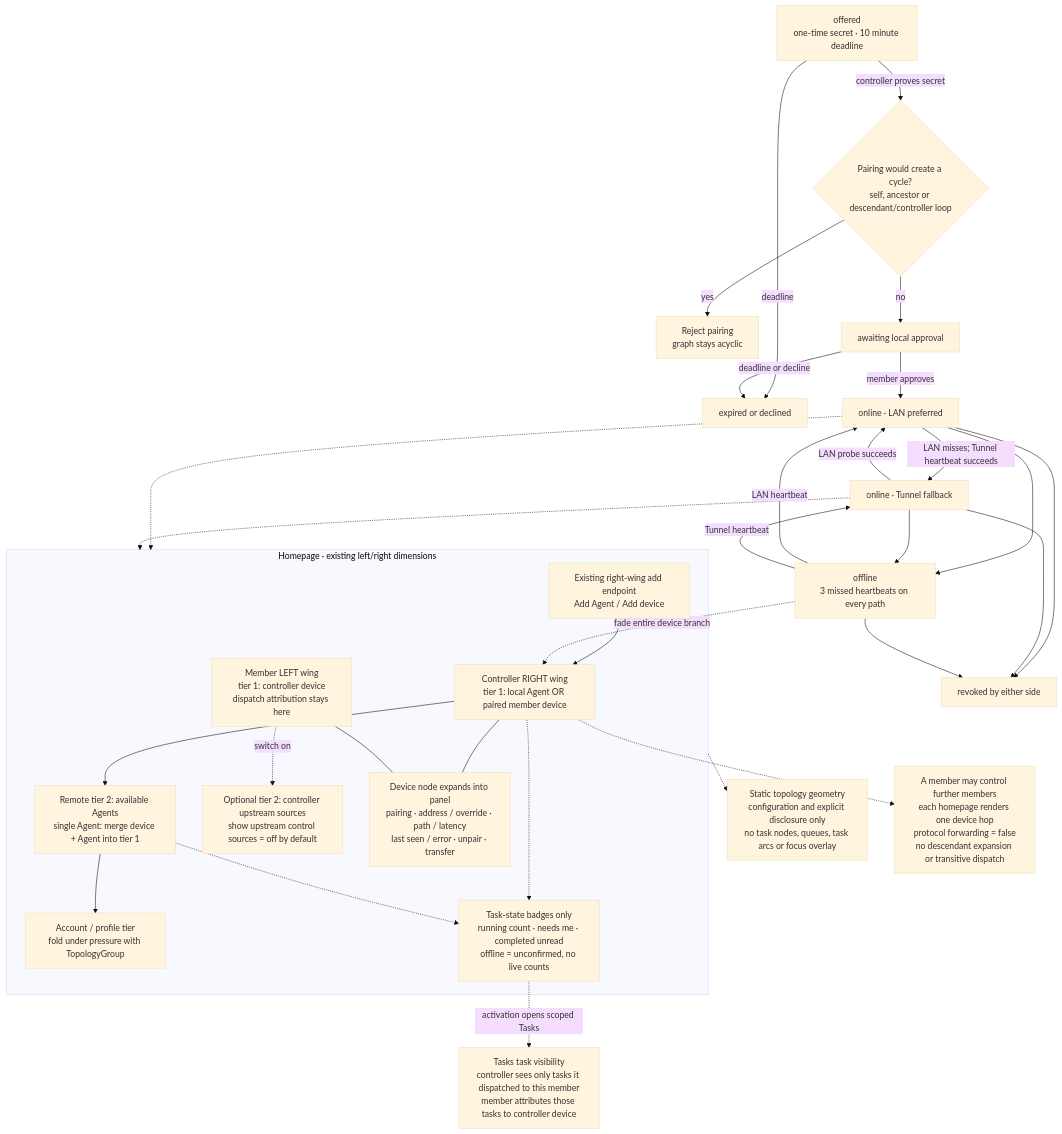
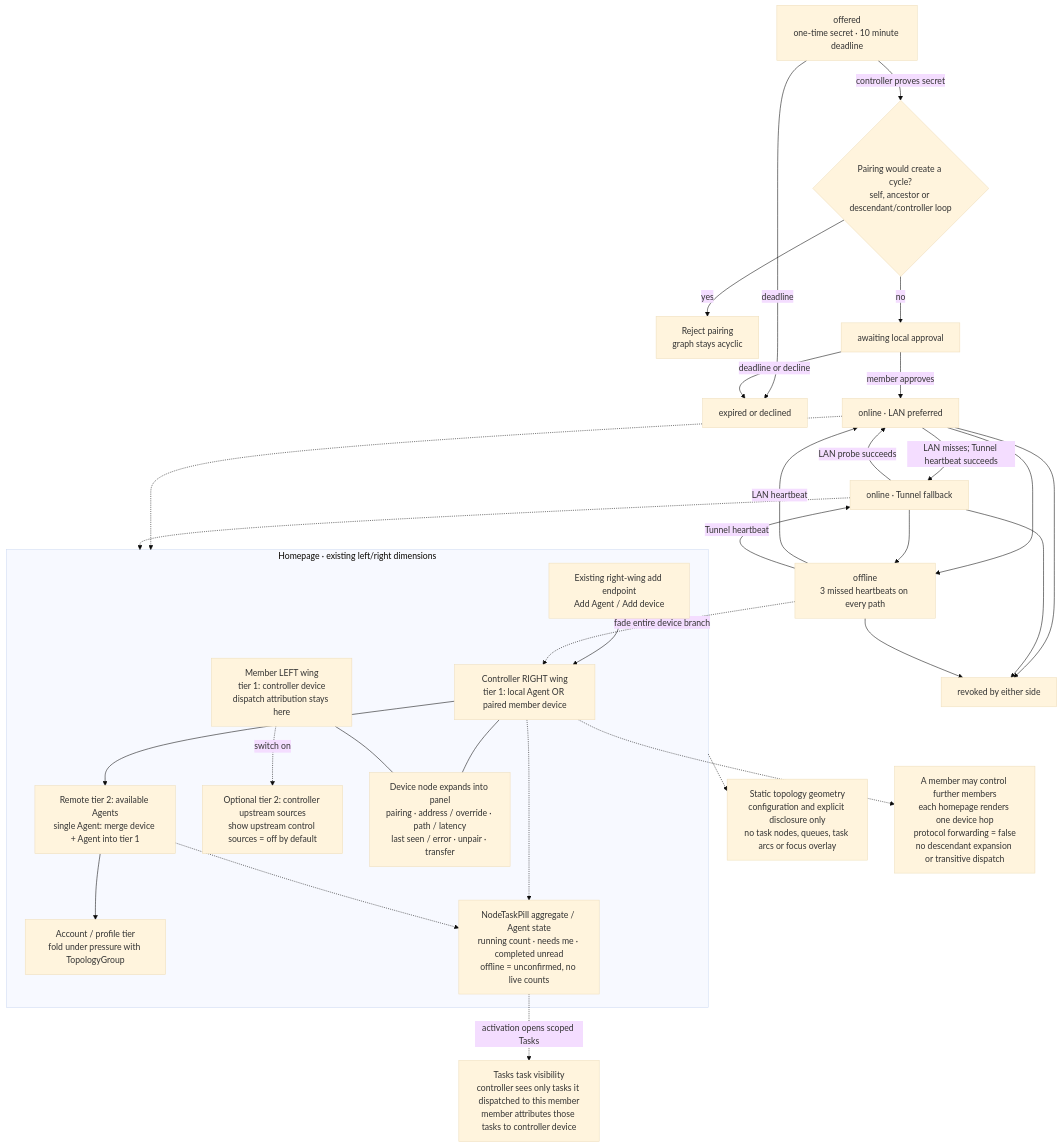
Before and after one commit to whzxc/agent-remote-control: the diagram in arch/mechanisms/device-link.mmd, drawn with Mermaid (base theme). The commit also changed 13 other files, not shown here.

```diff
--- a/arch/mechanisms/device-link.mmd
+++ b/arch/mechanisms/device-link.mmd
@@ -1,57 +1,57 @@
 %% Device link (layer 2): pairing guard and one-hop homepage projections.
 %% Index and code mapping: docs/dev/arch-assets.md
 flowchart TB
   offer["offered<br/>one-time secret · 10 minute deadline"]
   guard{"Pairing would create a cycle?<br/>self, ancestor or descendant/controller loop"}
   reject["Reject pairing<br/>graph stays acyclic"]
   pending["awaiting local approval"]
   expired["expired or declined"]
   lan["online · LAN preferred"]
   tunnel["online · Tunnel fallback"]
   offline["offline<br/>3 missed heartbeats on every path"]
   revoked["revoked by either side"]
   offer -->|"controller proves secret"| guard
   guard -->|"yes"| reject
   guard -->|"no"| pending
   offer -->|"deadline"| expired
   pending -->|"deadline or decline"| expired
   pending -->|"member approves"| lan
   lan -->|"LAN misses; Tunnel heartbeat succeeds"| tunnel
   tunnel -->|"LAN probe succeeds"| lan
   lan --> offline
   tunnel --> offline
   offline -->|"LAN heartbeat"| lan
   offline -->|"Tunnel heartbeat"| tunnel
   lan --> revoked
   tunnel --> revoked
   offline --> revoked
   subgraph VIEW["Homepage · existing left/right dimensions"]
     right["Controller RIGHT wing<br/>tier 1: local Agent OR paired member device"]
     agent["Remote tier 2: available Agents<br/>single Agent: merge device + Agent into tier 1"]
     account["Account / profile tier<br/>fold under pressure with TopologyGroup"]
-    badges["Task-state badges only<br/>running count · needs me · completed unread<br/>offline = unconfirmed, no live counts"]
+    badges["NodeTaskPill aggregate / Agent state<br/>running count · needs me · completed unread<br/>offline = unconfirmed, no live counts"]
     left["Member LEFT wing<br/>tier 1: controller device<br/>dispatch attribution stays here"]
     upstream["Optional tier 2: controller upstream sources<br/>show upstream control sources = off by default"]
     management["Device node expands into panel<br/>pairing · address / override · path / latency<br/>last seen / error · unpair · transfer"]
     add["Existing right-wing add endpoint<br/>Add Agent / Add device"]
     right --> agent --> account
     right -.-> badges
     agent -.-> badges
     left -.->|"switch on"| upstream
     right --- management
     left --- management
     add --> right
   end
   geometry["Static topology geometry<br/>configuration and explicit disclosure only<br/>no task nodes, queues, task arcs or focus overlay"]
   visibility["Tasks task visibility<br/>controller sees only tasks it dispatched to this member<br/>member attributes those tasks to controller device"]
   VIEW -.-> geometry
   badges -.->|"activation opens scoped Tasks"| visibility
   lan -.-> VIEW
   tunnel -.-> VIEW
   offline -.->|"fade entire device branch"| right
   nesting["A member may control further members<br/>each homepage renders one device hop<br/>protocol forwarding = false<br/>no descendant expansion or transitive dispatch"]
   right -.-> nesting
   class offer,pending waiting
   class lan,tunnel done
   class offline,expired,revoked,reject stopped
   class right,agent,account,badges,geometry,visibility,left,upstream,management,add,nesting experimental
```
